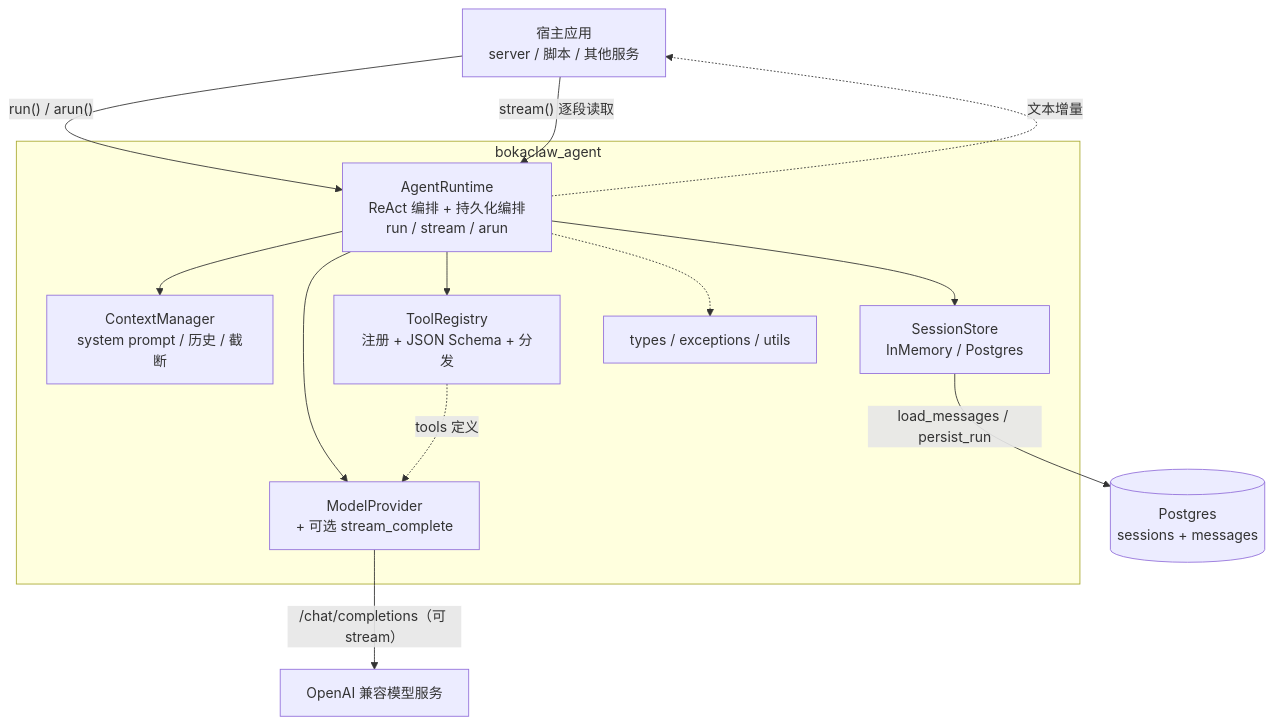
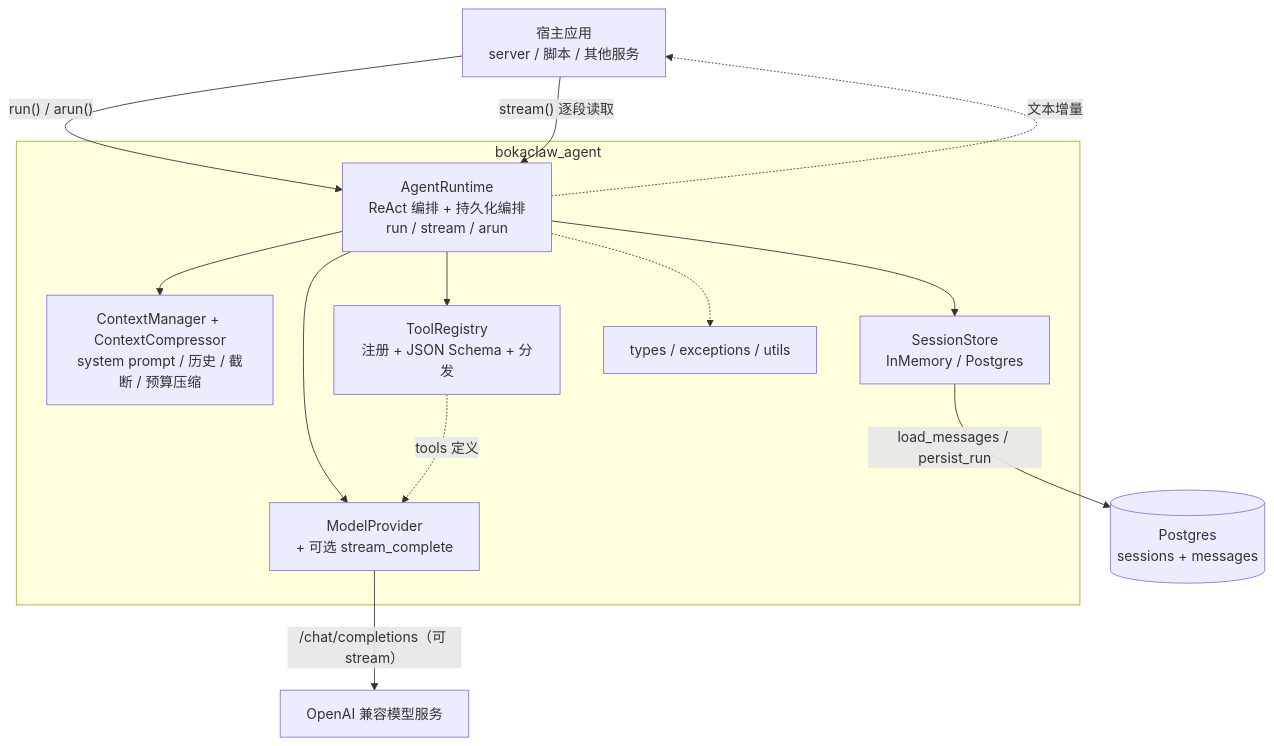
The first of 3 diagrams in docs/agent-loop/architecture.md (Kaibome/BokaClaw), drawn with Mermaid before and after one commit. The commit also changed other lines of this file and 13 other files, not shown here.

````diff
--- a/docs/agent-loop/architecture.md
+++ b/docs/agent-loop/architecture.md
@@ -41,28 +41,28 @@
 ```mermaid
 flowchart TB
     App["宿主应用<br/>server / 脚本 / 其他服务"]
 
     subgraph SDK["bokaclaw_agent"]
         Runtime["AgentRuntime<br/>ReAct 编排 + 持久化编排<br/>run / stream / arun"]
-        Context["ContextManager<br/>system prompt / 历史 / 截断"]
+        Context["ContextManager + ContextCompressor<br/>system prompt / 历史 / 截断 / 预算压缩"]
         Registry["ToolRegistry<br/>注册 + JSON Schema + 分发"]
         Provider["ModelProvider<br/>+ 可选 stream_complete"]
         Store["SessionStore<br/>InMemory / Postgres"]
         Types["types / exceptions / utils"]
     end
 
     Model["OpenAI 兼容模型服务"]
     DB[("Postgres<br/>sessions + messages")]
 
     App -->|"run() / arun()"| Runtime
     App -->|"stream() 逐段读取"| Runtime
     Runtime --> Context
     Runtime --> Registry
     Runtime --> Provider
     Runtime --> Store
     Runtime -.->|"文本增量"| App
     Registry -.->|"tools 定义"| Provider
     Provider -->|"/chat/completions（可 stream）"| Model
     Store -->|"load_messages / persist_run"| DB
     Runtime -.-> Types
 ```
````
